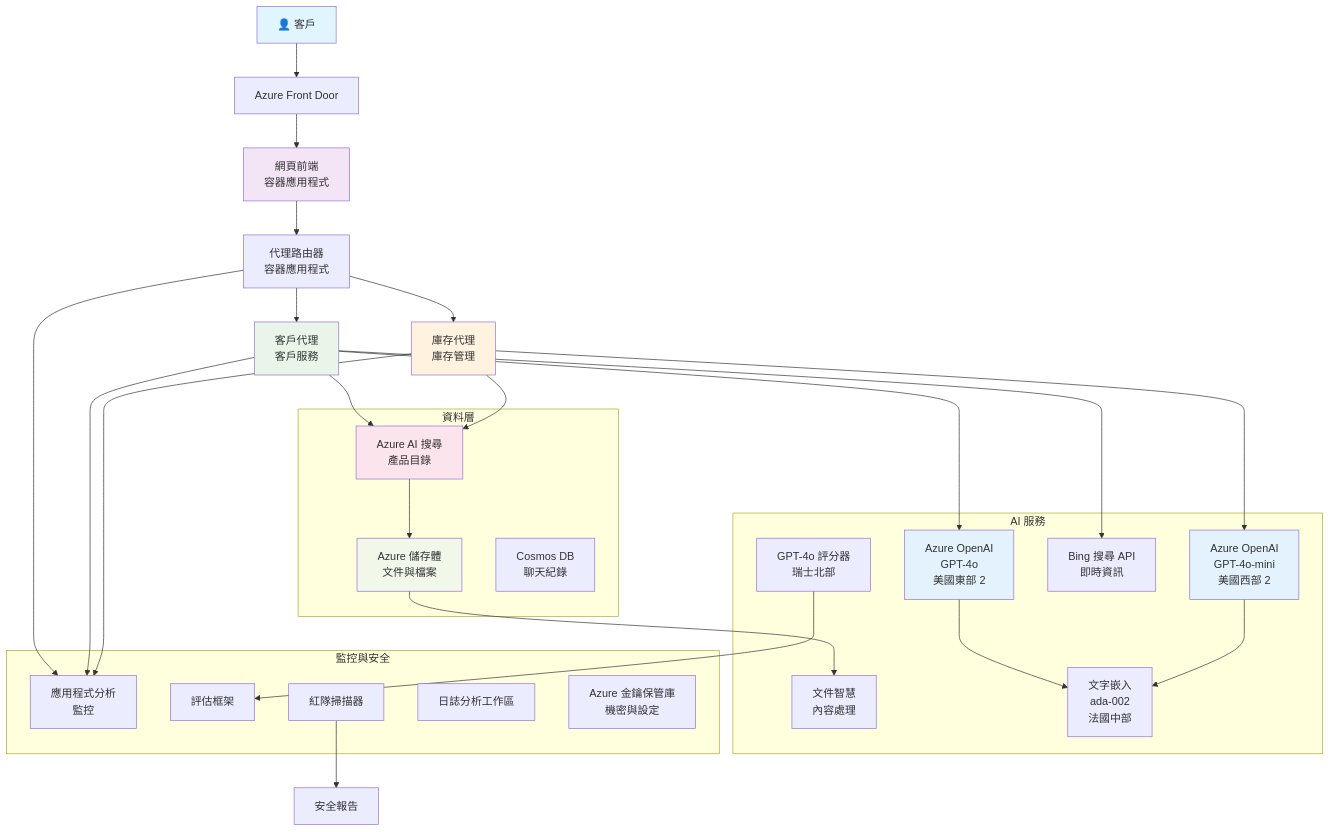
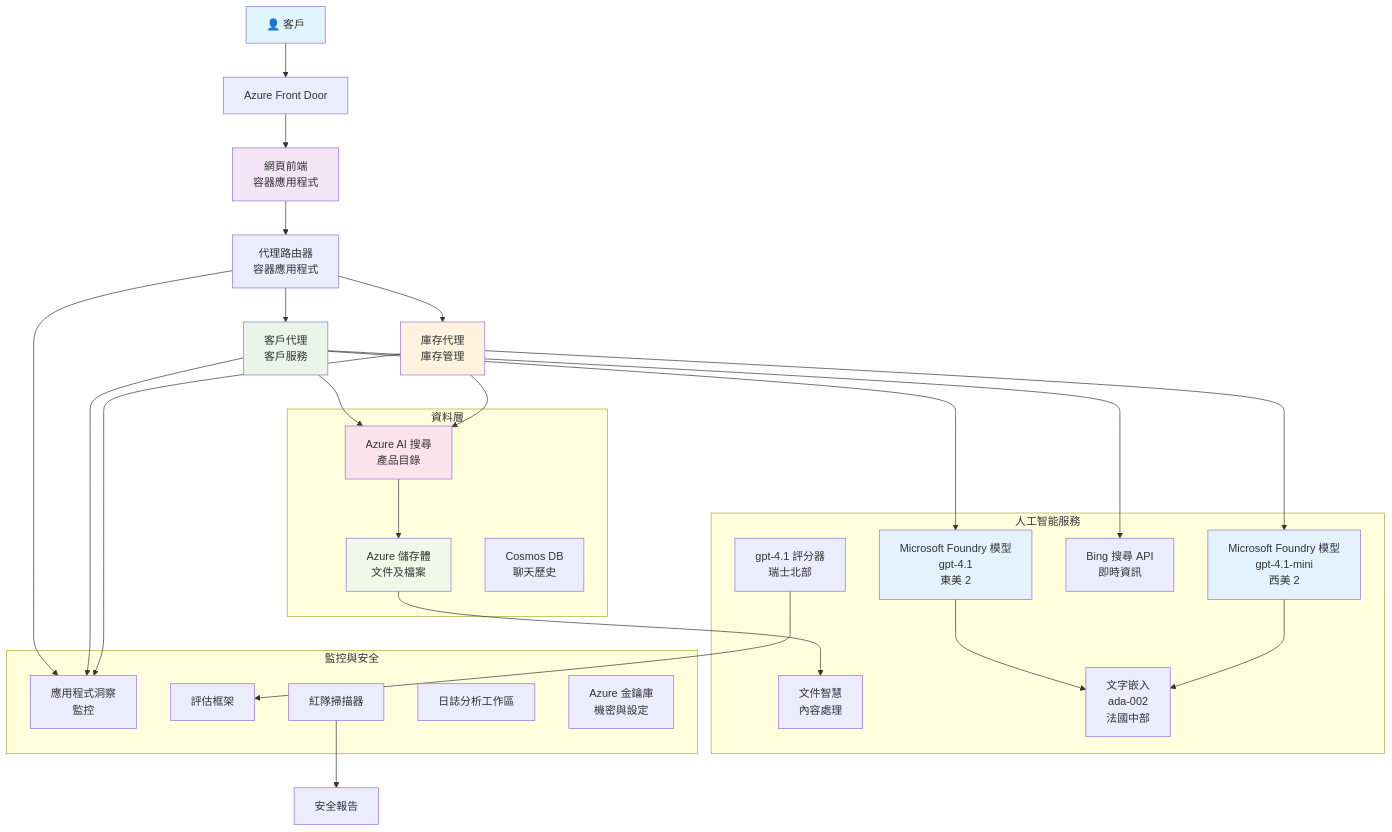
Before and after one commit to microsoft/AZD-for-beginners: the diagram in translations/zh-HK/examples/retail-scenario.md, drawn with Mermaid. The commit also changed other lines of this file and 101 other files, not shown here.

````diff
--- a/translations/zh-HK/examples/retail-scenario.md
+++ b/translations/zh-HK/examples/retail-scenario.md
@@ -139,61 +139,61 @@
 ```mermaid
 graph TB
     User[👤 客戶] --> LB[Azure Front Door]
     LB --> WebApp[網頁前端<br/>容器應用程式]
     
     WebApp --> Router[代理路由器<br/>容器應用程式]
     Router --> CustomerAgent[客戶代理<br/>客戶服務]
     Router --> InvAgent[庫存代理<br/>庫存管理]
     
-    CustomerAgent --> OpenAI1[Azure OpenAI<br/>GPT-4o<br/>美國東部 2]
-    InvAgent --> OpenAI2[Azure OpenAI<br/>GPT-4o-mini<br/>美國西部 2]
+    CustomerAgent --> OpenAI1[Microsoft Foundry 模型<br/>gpt-4.1<br/>東美 2]
+    InvAgent --> OpenAI2[Microsoft Foundry 模型<br/>gpt-4.1-mini<br/>西美 2]
     
     CustomerAgent --> AISearch[Azure AI 搜尋<br/>產品目錄]
     CustomerAgent --> BingSearch[Bing 搜尋 API<br/>即時資訊]
     InvAgent --> AISearch
     
-    AISearch --> Storage[Azure 儲存體<br/>文件與檔案]
+    AISearch --> Storage[Azure 儲存體<br/>文件及檔案]
     Storage --> DocIntel[文件智慧<br/>內容處理]
     
     OpenAI1 --> Embeddings[文字嵌入<br/>ada-002<br/>法國中部]
     OpenAI2 --> Embeddings
     
-    Router --> AppInsights[應用程式分析<br/>監控]
+    Router --> AppInsights[應用程式洞察<br/>監控]
     CustomerAgent --> AppInsights
     InvAgent --> AppInsights
     
-    GraderModel[GPT-4o 評分器<br/>瑞士北部] --> Evaluation[評估框架]
+    GraderModel[gpt-4.1 評分器<br/>瑞士北部] --> Evaluation[評估框架]
     RedTeam[紅隊掃描器] --> SecurityReports[安全報告]
     
     subgraph "資料層"
         Storage
         AISearch
-        CosmosDB[Cosmos DB<br/>聊天紀錄]
+        CosmosDB[Cosmos DB<br/>聊天歷史]
     end
     
-    subgraph "AI 服務"
+    subgraph "人工智能服務"
         OpenAI1
         OpenAI2
         Embeddings
         GraderModel
         DocIntel
         BingSearch
     end
     
     subgraph "監控與安全"
         AppInsights
         LogAnalytics[日誌分析工作區]
-        KeyVault[Azure 金鑰保管庫<br/>機密與設定]
+        KeyVault[Azure 金鑰庫<br/>機密與設定]
         RedTeam
         Evaluation
     end
     
     style User fill:#e1f5fe
     style WebApp fill:#f3e5f5
     style CustomerAgent fill:#e8f5e8
     style InvAgent fill:#fff3e0
     style OpenAI1 fill:#e3f2fd
     style OpenAI2 fill:#e3f2fd
     style AISearch fill:#fce4ec
     style Storage fill:#f1f8e9
 ```  
````
